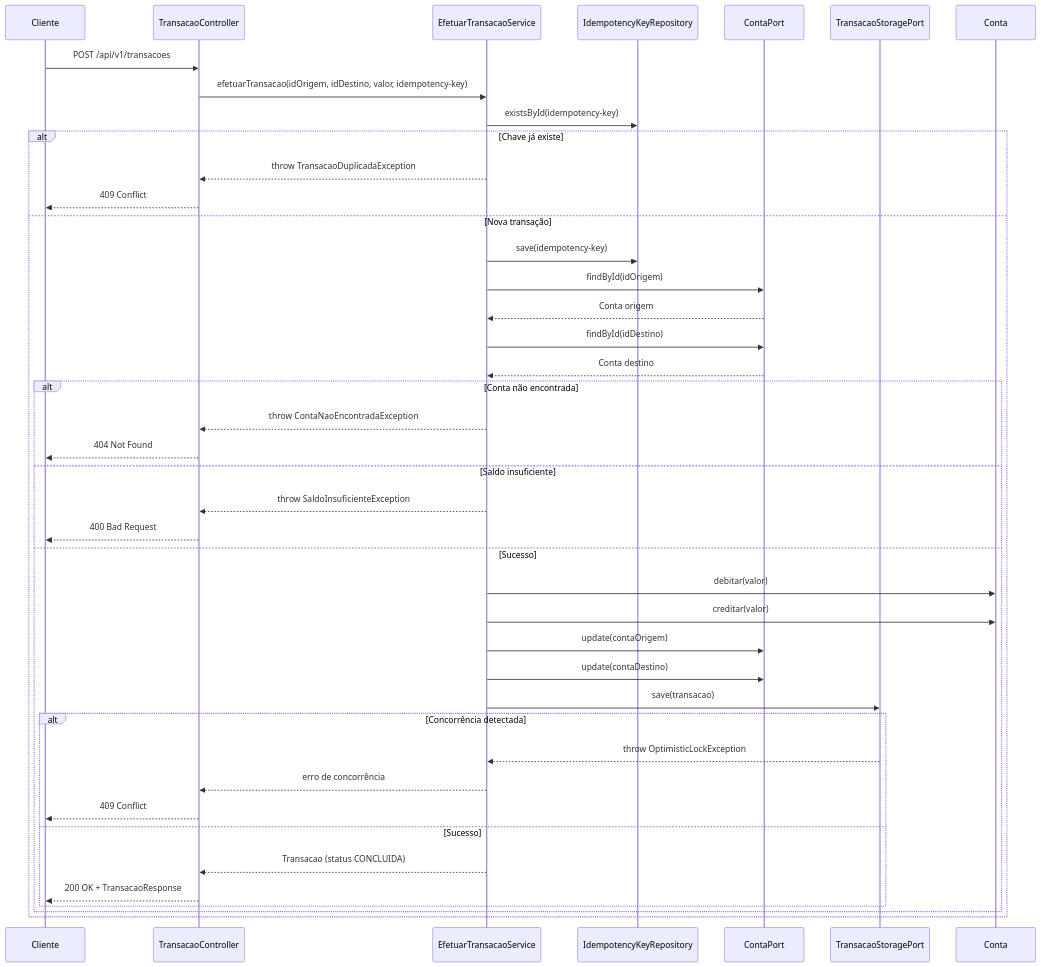
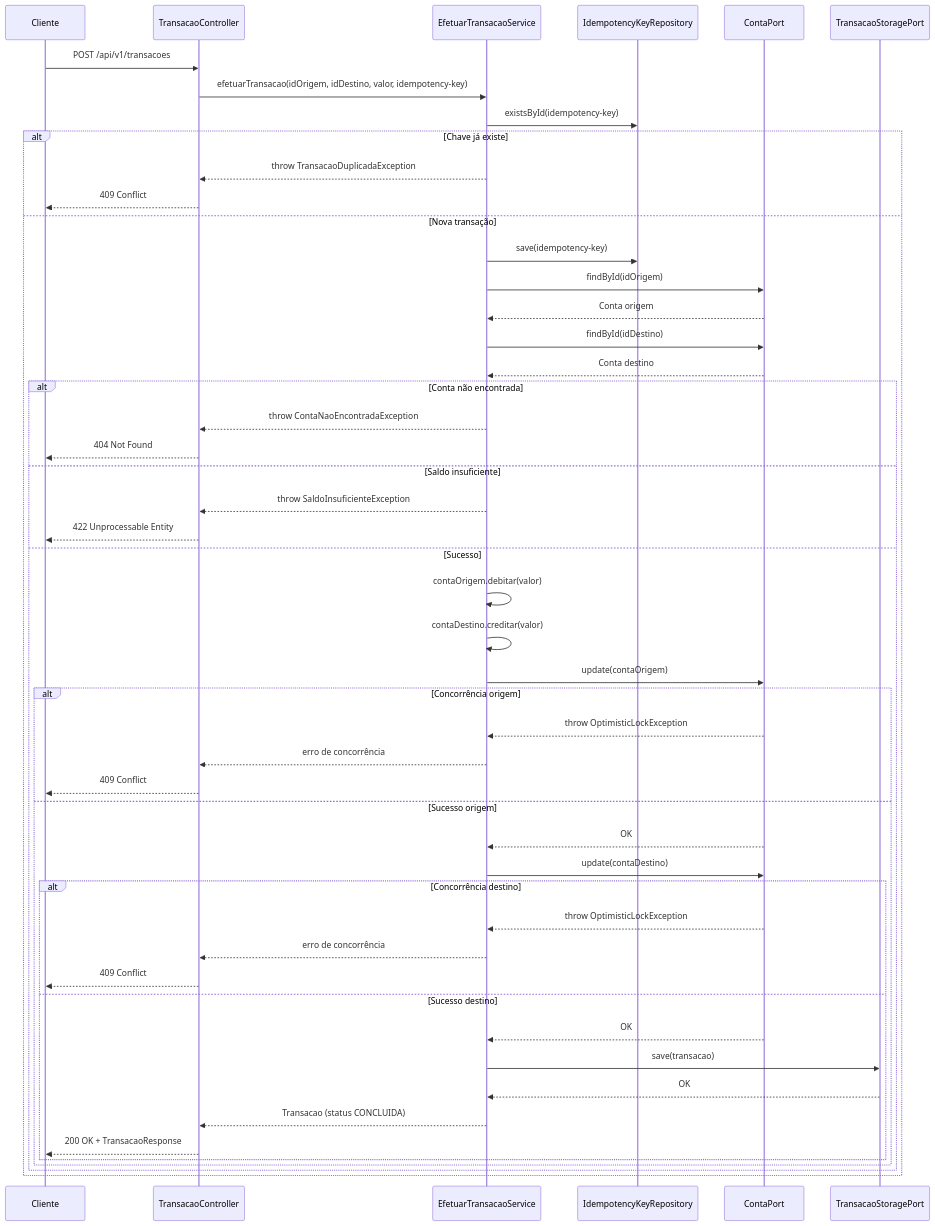
Before and after one commit to ianpolitavares/efetuar-transacao: the diagram in readme.md, drawn with Mermaid.

Commit message:
ajuste readme

````diff
--- a/readme.md
+++ b/readme.md
@@ -115,50 +115,61 @@
 ```mermaid
 sequenceDiagram
     participant Cliente
     participant TransacaoController
     participant EfetuarTransacaoService
     participant IdempotencyKeyRepository
     participant ContaPort
     participant TransacaoStoragePort
 
     Cliente->>TransacaoController: POST /api/v1/transacoes
     TransacaoController->>EfetuarTransacaoService: efetuarTransacao(idOrigem, idDestino, valor, idempotency-key)
 
     EfetuarTransacaoService->>IdempotencyKeyRepository: existsById(idempotency-key)
     alt Chave já existe
         EfetuarTransacaoService-->>TransacaoController: throw TransacaoDuplicadaException
         TransacaoController-->>Cliente: 409 Conflict
     else Nova transação
         EfetuarTransacaoService->>IdempotencyKeyRepository: save(idempotency-key)
 
         EfetuarTransacaoService->>ContaPort: findById(idOrigem)
         ContaPort-->>EfetuarTransacaoService: Conta origem
 
         EfetuarTransacaoService->>ContaPort: findById(idDestino)
         ContaPort-->>EfetuarTransacaoService: Conta destino
 
         alt Conta não encontrada
             EfetuarTransacaoService-->>TransacaoController: throw ContaNaoEncontradaException
             TransacaoController-->>Cliente: 404 Not Found
         else Saldo insuficiente
             EfetuarTransacaoService-->>TransacaoController: throw SaldoInsuficienteException
-            TransacaoController-->>Cliente: 400 Bad Request
+            TransacaoController-->>Cliente: 422 Unprocessable Entity
         else Sucesso
-            EfetuarTransacaoService->>Conta: debitar(valor)
-            EfetuarTransacaoService->>Conta: creditar(valor)
+            EfetuarTransacaoService->>EfetuarTransacaoService: contaOrigem.debitar(valor)
+            EfetuarTransacaoService->>EfetuarTransacaoService: contaDestino.creditar(valor)
 
             EfetuarTransacaoService->>ContaPort: update(contaOrigem)
-            EfetuarTransacaoService->>ContaPort: update(contaDestino)
-
-            EfetuarTransacaoService->>TransacaoStoragePort: save(transacao)
-            alt Concorrência detectada
-                TransacaoStoragePort-->>EfetuarTransacaoService: throw OptimisticLockException
+            alt Concorrência origem
+                ContaPort-->>EfetuarTransacaoService: throw OptimisticLockException
                 EfetuarTransacaoService-->>TransacaoController: erro de concorrência
                 TransacaoController-->>Cliente: 409 Conflict
-            else Sucesso
-                EfetuarTransacaoService-->>TransacaoController: Transacao (status CONCLUIDA)
-                TransacaoController-->>Cliente: 200 OK + TransacaoResponse
+            else Sucesso origem
+                ContaPort-->>EfetuarTransacaoService: OK
+
+                EfetuarTransacaoService->>ContaPort: update(contaDestino)
+                alt Concorrência destino
+                    ContaPort-->>EfetuarTransacaoService: throw OptimisticLockException
+                    EfetuarTransacaoService-->>TransacaoController: erro de concorrência
+                    TransacaoController-->>Cliente: 409 Conflict
+                else Sucesso destino
+                    ContaPort-->>EfetuarTransacaoService: OK
+
+                    EfetuarTransacaoService->>TransacaoStoragePort: save(transacao)
+                    TransacaoStoragePort-->>EfetuarTransacaoService: OK
+
+                    EfetuarTransacaoService-->>TransacaoController: Transacao (status CONCLUIDA)
+                    TransacaoController-->>Cliente: 200 OK + TransacaoResponse
+                end
             end
         end
     end
 ```
````
